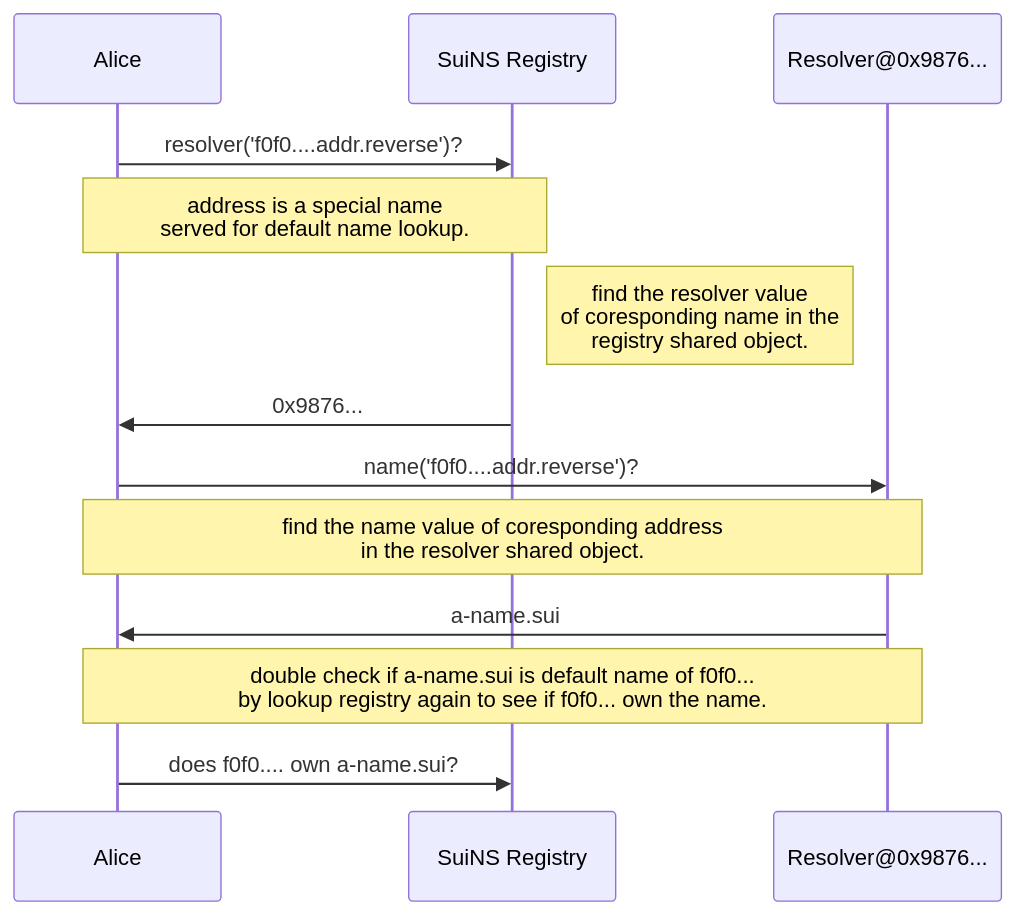
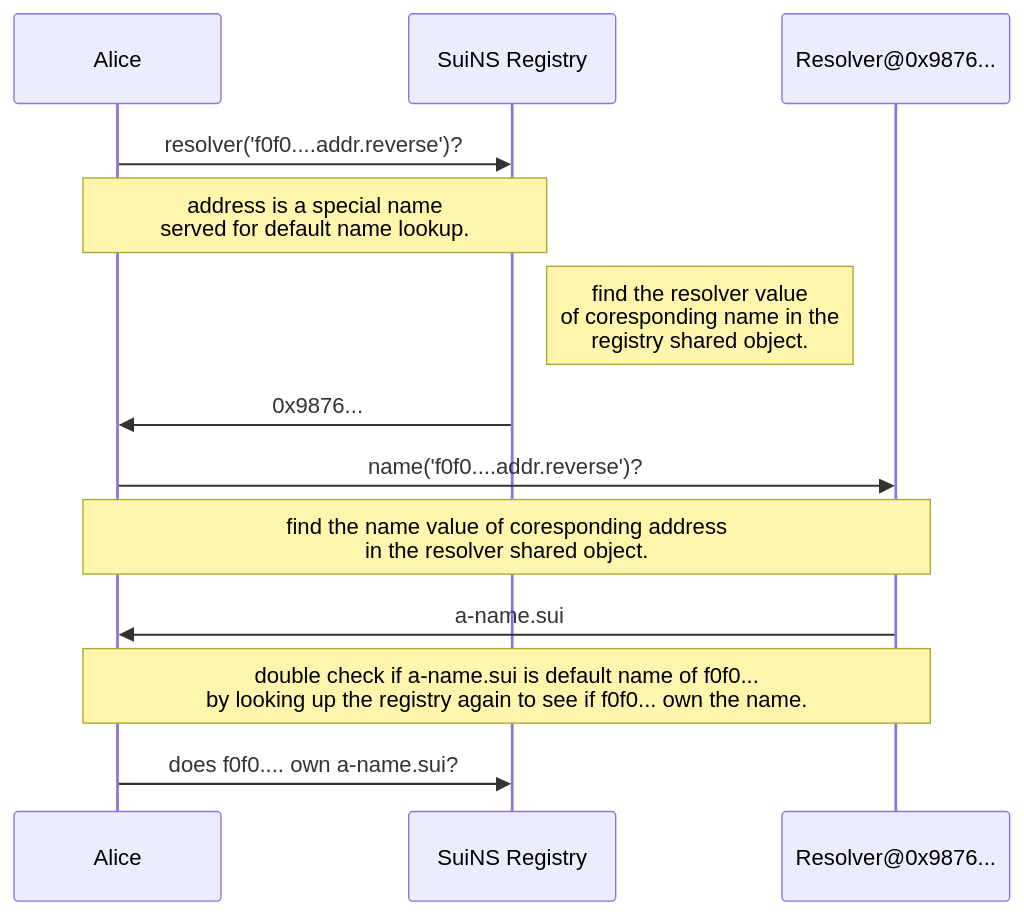
One commit to SuiNSdapp/docs changed the third of 3 diagrams in README.md. Above: the diagram before and after it, drawn with Mermaid. The commit also changed other lines of this file and 1 other file, not shown here.

````diff
--- a/README.md
+++ b/README.md
@@ -41,13 +41,13 @@
 ```mermaid
 sequenceDiagram
 Alice ->> SuiNS Registry: resolver('f0f0....addr.reverse')?
 Note  over Alice,SuiNS Registry: address is a special name<br/> served for default name lookup.
 Note right of SuiNS Registry: find the resolver value<br/> of coresponding name in the<br/> registry shared object.
 
 SuiNS Registry ->> Alice: 0x9876...
 Alice ->> Resolver@0x9876...: name('f0f0....addr.reverse')?
 Note  over Alice,Resolver@0x9876...: find the name value of coresponding address <br/> in the resolver shared object.
 Resolver@0x9876... ->> Alice: a-name.sui
-Note  over Alice,Resolver@0x9876...: double check if a-name.sui is default name of f0f0... <br> by lookup registry again to see if f0f0... own the name.
+Note  over Alice,Resolver@0x9876...: double check if a-name.sui is default name of f0f0... <br> by looking up the registry again to see if f0f0... own the name.
 Alice ->> SuiNS Registry: does f0f0.... own a-name.sui?
 ```
````
